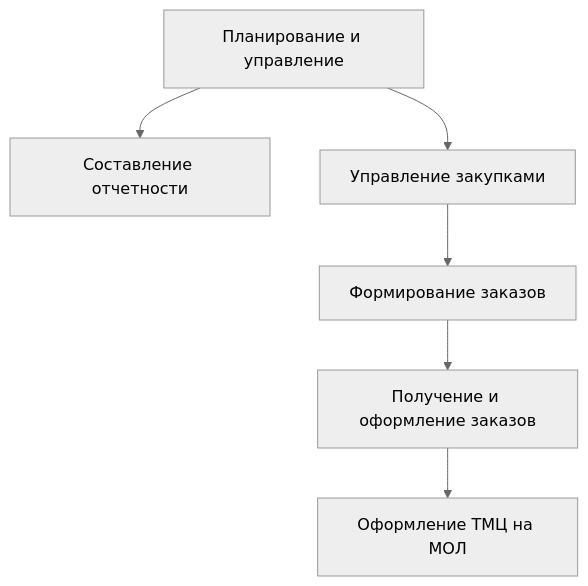
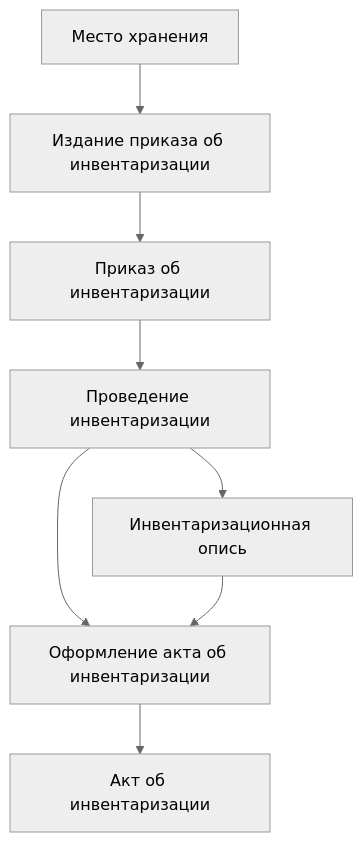
The second of 2 diagrams in trunk/AS-220038/Lab-2/readme.md (NogameNo-life/-), drawn with Mermaid (neutral theme) before and after one commit. The commit also changed other lines of this file, not shown here.

Commit message:
edit lab 2

````diff
--- a/trunk/AS-220038/Lab-2/readme.md
+++ b/trunk/AS-220038/Lab-2/readme.md
@@ -31,14 +31,17 @@
 ```mermaid
 flowchart TB
-node1[Планирование и управление]
-node2[Составление отчетности]
-node3[Управление закупками]
-node4[Формирование заказов]
-node5[Получение и оформление заказов]
-node6[Оформление ТМЦ на МОЛ]
-node1-->node2
+node1[Издание приказа об инвентаризации]
+node2[Место хранения]
+node3[Приказ об инвентаризации]
+node4[Проведение инвентаризации]
+node5[Инвентаризационная опись]
+node6[Оформление акта об инвентаризации]
+node7[Акт об инвентаризации]
+node2-->node1
 node1-->node3
 node3-->node4
+node4-->node6
 node4-->node5
 node5-->node6
+node6-->node7
 ```
````
